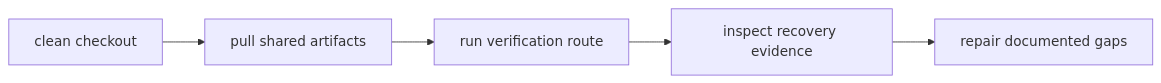
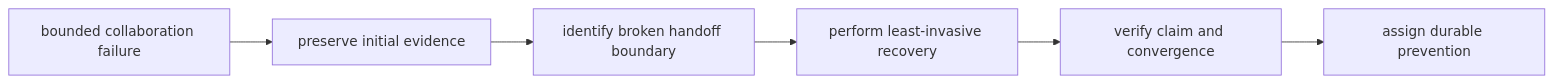
Before and after one commit to bijux/bijux-masterclass: the second of 3 diagrams in programs/reproducible-research/deep-dive-dvc/course-book/module-07-collaboration-ci-social-contracts/recovery-drills-and-incident-readiness.md, drawn with Mermaid. The commit also changed other lines of this file, not shown here.

Commit message:
docs(dvc): rehearse cache-cold handoff recovery

````diff
--- a/programs/reproducible-research/deep-dive-dvc/course-book/module-07-collaboration-ci-social-contracts/recovery-drills-and-incident-readiness.md
+++ b/programs/reproducible-research/deep-dive-dvc/course-book/module-07-collaboration-ci-social-contracts/recovery-drills-and-incident-readiness.md
@@ -67,7 +18,8 @@
 ```mermaid
 flowchart LR
-  clone["clean checkout"] --> pull["pull shared artifacts"]
-  pull --> verify["run verification route"]
-  verify --> review["inspect recovery evidence"]
-  review --> repair["repair documented gaps"]
+  scenario["bounded collaboration failure"] --> preserve["preserve initial evidence"]
+  preserve --> diagnose["identify broken handoff boundary"]
+  diagnose --> recover["perform least-invasive recovery"]
+  recover --> verify["verify claim and convergence"]
+  verify --> learn["assign durable prevention"]
 ```
````
